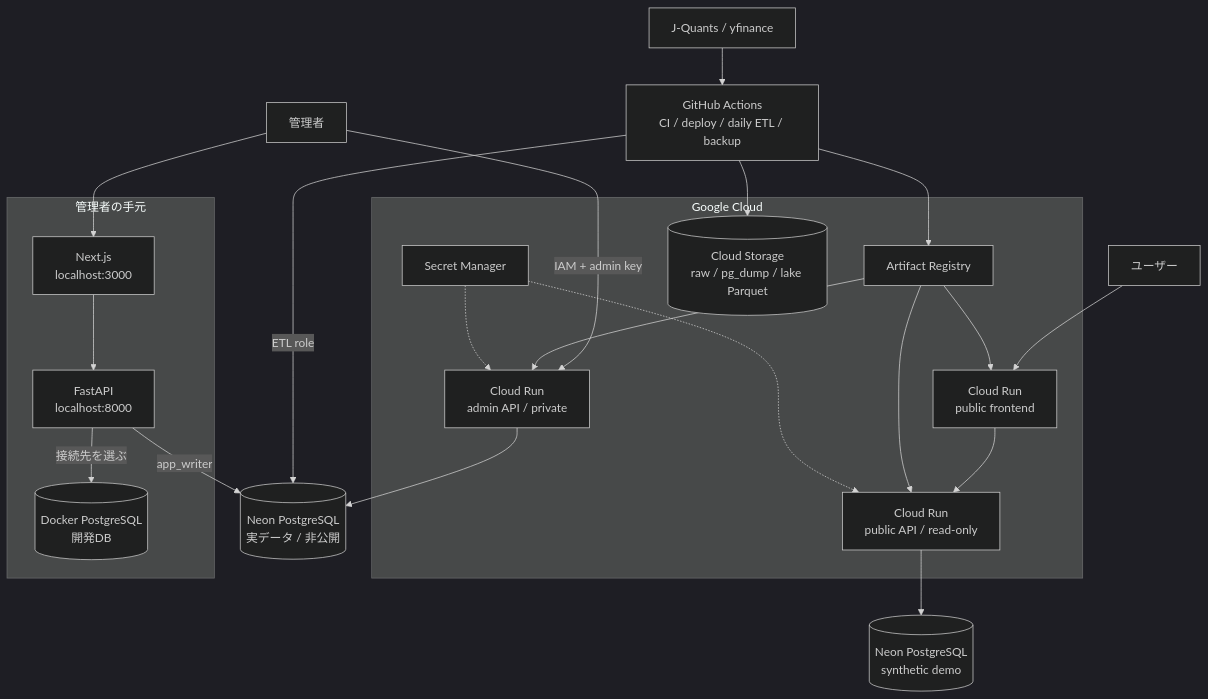
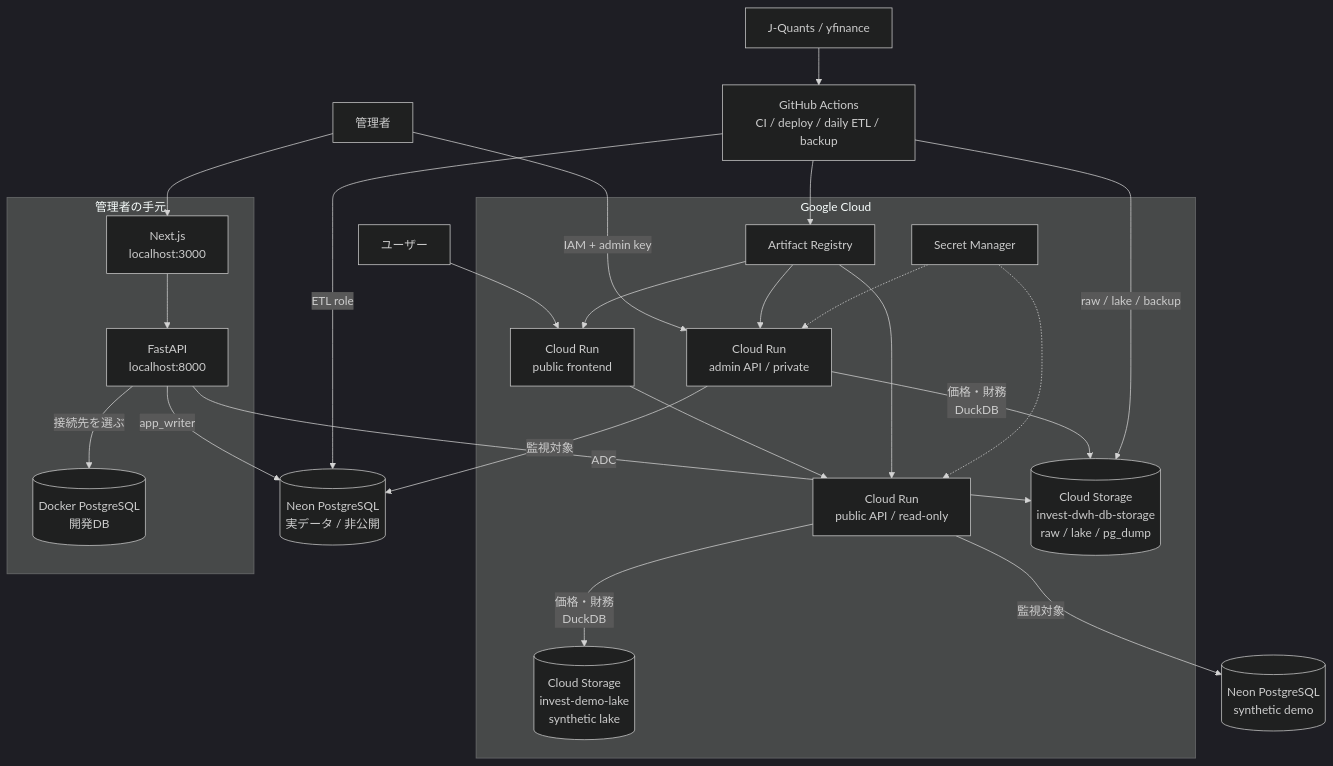
The second of 2 diagrams in docs/architecture.md (3110mmn/invest-monitoring-platform), drawn with Mermaid (dark theme) before and after one commit. The commit also changed other lines of this file and 3 other files, not shown here.

First line of the commit message:
docs: correct the runtime diagram and lake paths

````diff
--- a/docs/architecture.md
+++ b/docs/architecture.md
@@ -48,40 +48,46 @@
 ```mermaid
 flowchart TB
     User["ユーザー"]
     Owner["管理者"]
     Source["J-Quants / yfinance"]
     Actions["GitHub Actions<br/>CI / deploy / daily ETL / backup"]
 
     subgraph GCP["Google Cloud"]
         Registry["Artifact Registry"]
         Secrets["Secret Manager"]
         Frontend["Cloud Run<br/>public frontend"]
         PublicAPI["Cloud Run<br/>public API / read-only"]
         AdminAPI["Cloud Run<br/>admin API / private"]
-        GCS[("Cloud Storage<br/>raw / pg_dump / lake Parquet")]
+        RealBucket[("Cloud Storage<br/>invest-dwh-db-storage<br/>raw / lake / pg_dump")]
+        DemoBucket[("Cloud Storage<br/>invest-demo-lake<br/>synthetic lake")]
     end
 
     RealDB[("Neon PostgreSQL<br/>実データ / 非公開")]
     DemoDB[("Neon PostgreSQL<br/>synthetic demo")]
 
     subgraph Local["管理者の手元"]
         LocalWeb["Next.js<br/>localhost:3000"]
         LocalAPI["FastAPI<br/>localhost:8000"]
         LocalDB[("Docker PostgreSQL<br/>開発DB")]
     end
 
-    User --> Frontend --> PublicAPI --> DemoDB
+    User --> Frontend --> PublicAPI
+    PublicAPI -->|"監視対象"| DemoDB
+    PublicAPI -->|"価格・財務<br/>DuckDB"| DemoBucket
     Owner --> LocalWeb --> LocalAPI
     LocalAPI -->|"接続先を選ぶ"| LocalDB
     LocalAPI -->|"app_writer"| RealDB
-    Owner -->|"IAM + admin key"| AdminAPI --> RealDB
+    LocalAPI -->|"ADC"| RealBucket
+    Owner -->|"IAM + admin key"| AdminAPI
+    AdminAPI -->|"監視対象"| RealDB
+    AdminAPI -->|"価格・財務<br/>DuckDB"| RealBucket
     Source --> Actions
     Actions -->|"ETL role"| RealDB
-    Actions --> GCS
+    Actions -->|"raw / lake / backup"| RealBucket
     Actions --> Registry
     Registry --> Frontend
     Registry --> PublicAPI
     Registry --> AdminAPI
     Secrets -.-> PublicAPI
     Secrets -.-> AdminAPI
 ```
````
